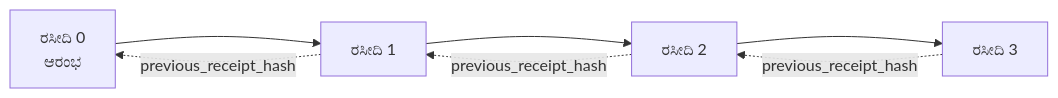
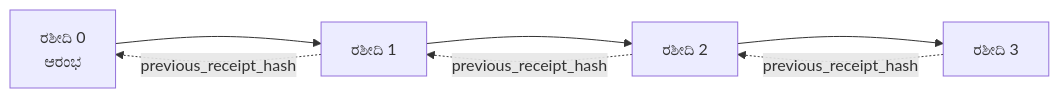
The second of 2 diagrams in translations/kn/18-securing-ai-agents/README.md (microsoft/ai-agents-for-beginners), drawn with Mermaid before and after one commit. The commit also changed other lines of this file and 43 other files, not shown here.

````diff
--- a/translations/kn/18-securing-ai-agents/README.md
+++ b/translations/kn/18-securing-ai-agents/README.md
@@ -206,9 +203,9 @@
 ```mermaid
 flowchart LR
-    R0[ರಸೀದಿ 0<br/>ಆರಂಭ] --> R1[ರಸೀದಿ 1]
-    R1 --> R2[ರಸೀದಿ 2]
-    R2 --> R3[ರಸೀದಿ 3]
+    R0[ರಶೀದಿ 0<br/>ಆರಂಭ] --> R1[ರಶೀದಿ 1]
+    R1 --> R2[ರಶೀದಿ 2]
+    R2 --> R3[ರಶೀದಿ 3]
     R1 -. previous_receipt_hash .-> R0
     R2 -. previous_receipt_hash .-> R1
     R3 -. previous_receipt_hash .-> R2
 ```
````
